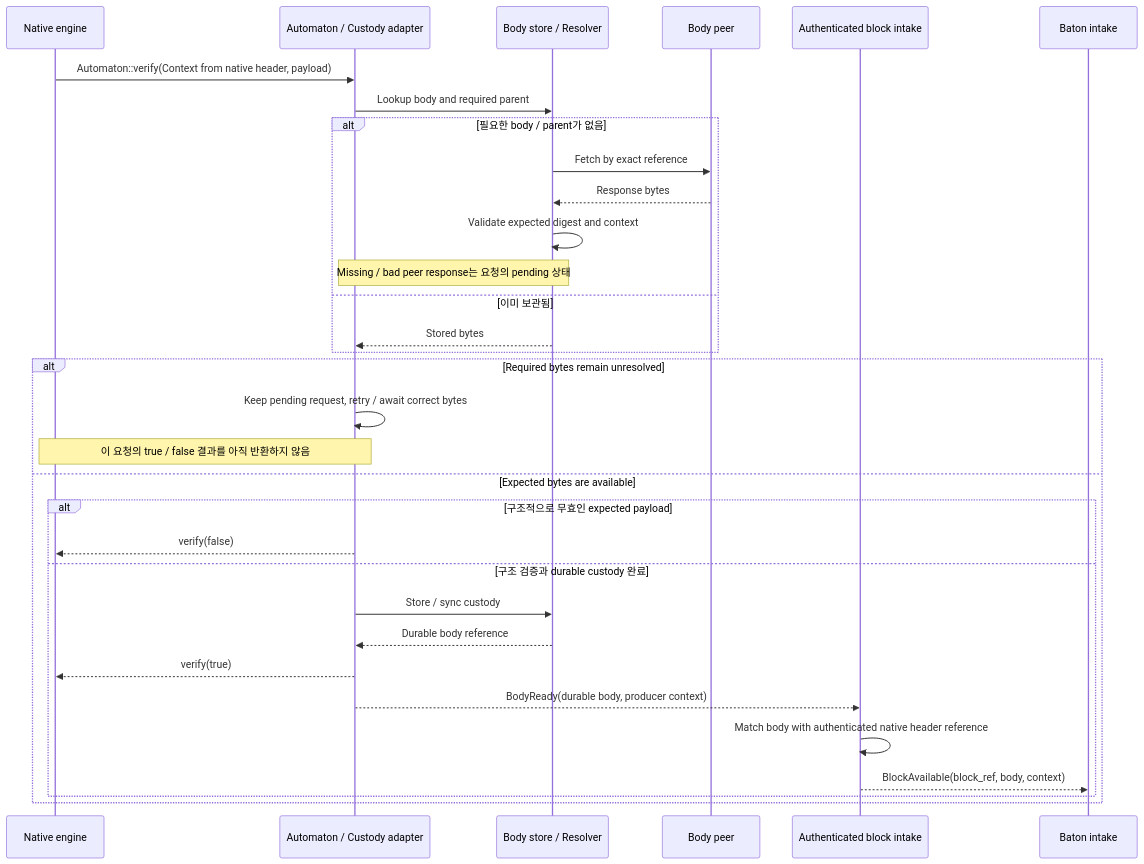
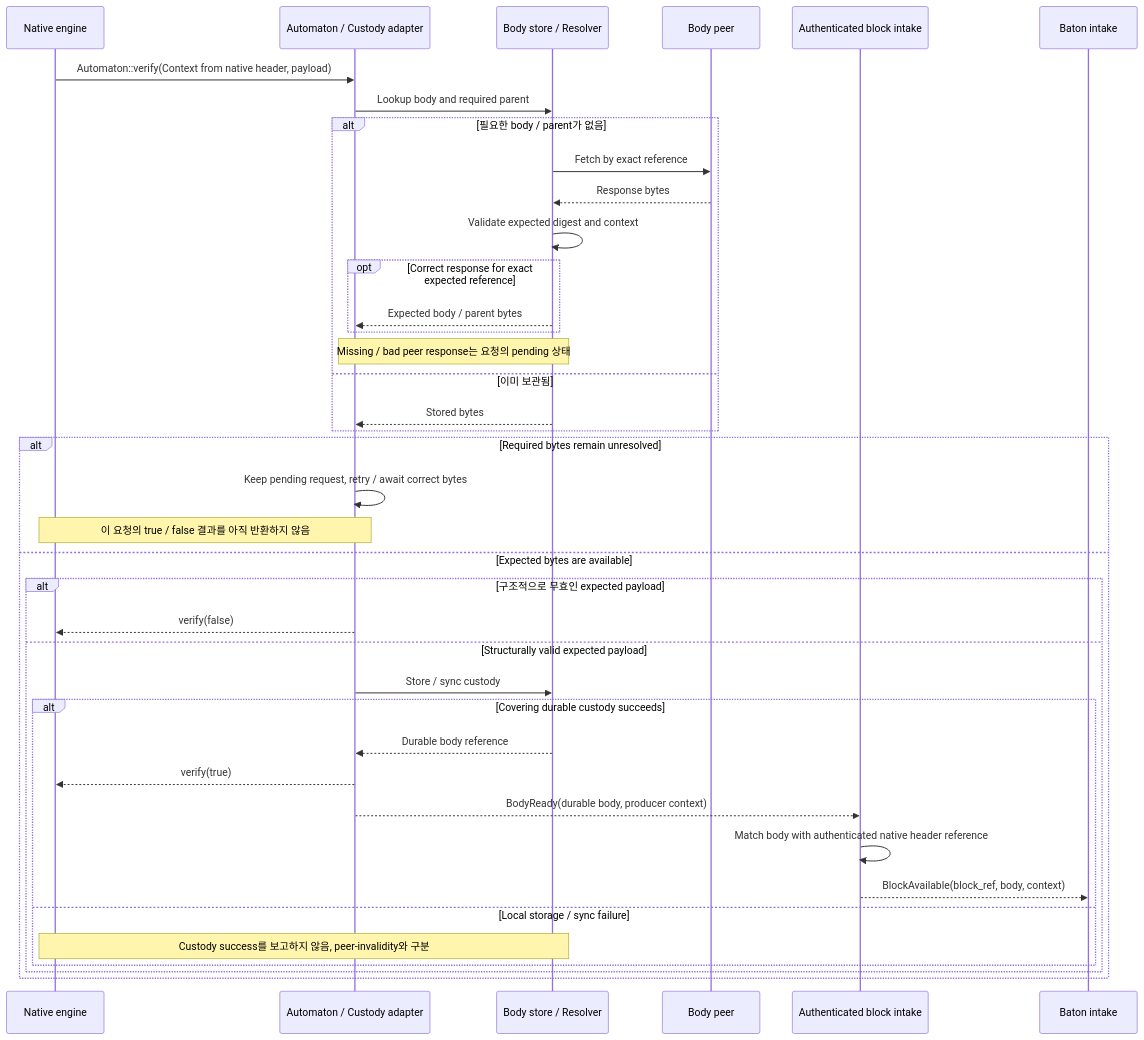
One commit to djm07073/baton-research changed the fifth of 17 diagrams in IMPLEMENTATION_SPEC.md. Above: the diagram before and after it, drawn with Mermaid. The commit also changed other lines of this file and 231 other files, not shown here.

````diff
--- a/IMPLEMENTATION_SPEC.md
+++ b/IMPLEMENTATION_SPEC.md
@@ -270,34 +273,41 @@
 ```mermaid
 sequenceDiagram
     participant N as Native engine
     participant A as Automaton / Custody adapter
     participant S as Body store / Resolver
     participant P as Body peer
     participant I as Authenticated block intake
     participant B as Baton intake
     N->>A: Automaton::verify(Context from native header, payload)
     A->>S: Lookup body and required parent
     alt 필요한 body / parent가 없음
         S->>P: Fetch by exact reference
         P-->>S: Response bytes
         S->>S: Validate expected digest and context
+        opt Correct response for exact expected reference
+            S-->>A: Expected body / parent bytes
+        end
         Note over A,S: Missing / bad peer response는 요청의 pending 상태
     else 이미 보관됨
         S-->>A: Stored bytes
     end
     alt Required bytes remain unresolved
         A->>A: Keep pending request, retry / await correct bytes
         Note over N,A: 이 요청의 true / false 결과를 아직 반환하지 않음
     else Expected bytes are available
         alt 구조적으로 무효인 expected payload
             A-->>N: verify(false)
-        else 구조 검증과 durable custody 완료
+        else Structurally valid expected payload
             A->>S: Store / sync custody
-            S-->>A: Durable body reference
-            A-->>N: verify(true)
-            A-->>I: BodyReady(durable body, producer context)
-            I->>I: Match body with authenticated native header reference
-            I-->>B: BlockAvailable(block_ref, body, context)
+            alt Covering durable custody succeeds
+                S-->>A: Durable body reference
+                A-->>N: verify(true)
+                A-->>I: BodyReady(durable body, producer context)
+                I->>I: Match body with authenticated native header reference
+                I-->>B: BlockAvailable(block_ref, body, context)
+            else Local storage / sync failure
+                Note over N,S: Custody success를 보고하지 않음, peer-invalidity와 구분
+            end
         end
     end
 ```
````
